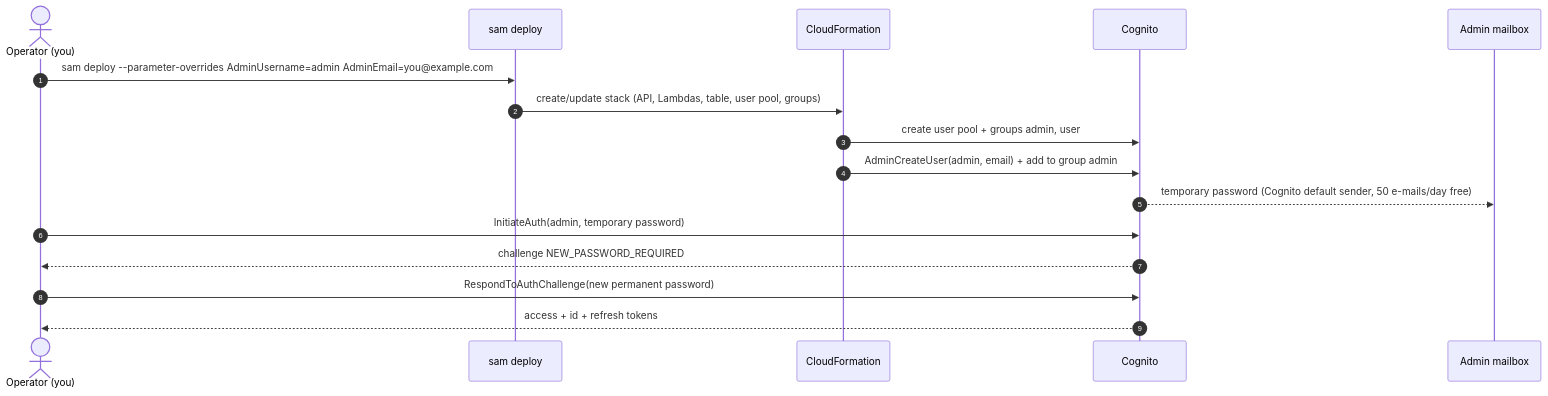
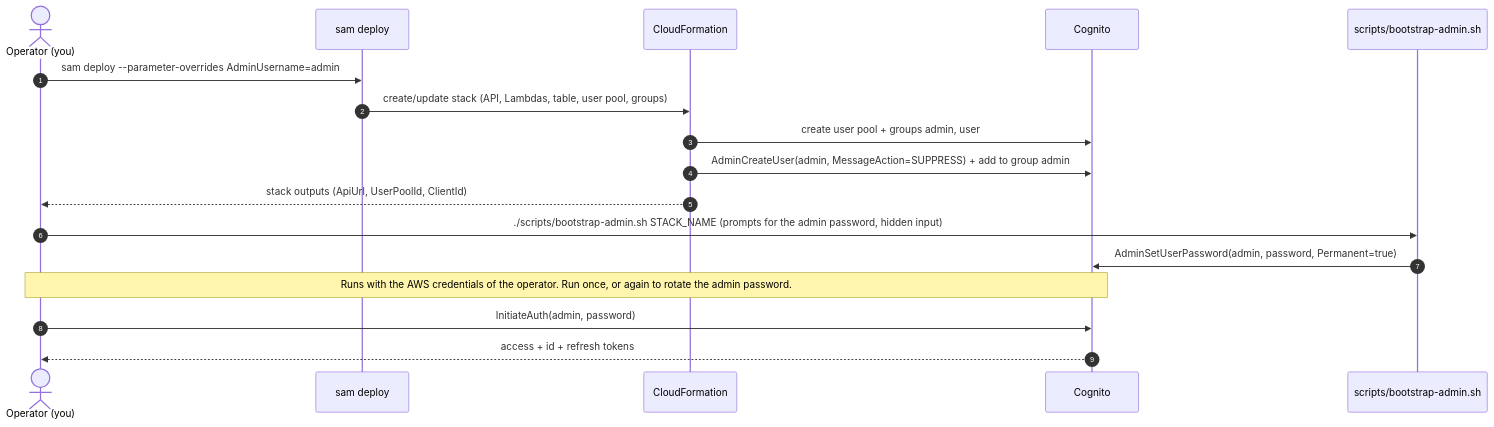
One commit to EnricoPicci/shared-calendar changed the second of 7 diagrams in docs/ARCHITECTURE.md. Above: the diagram before and after it, drawn with Mermaid. The commit also changed other lines of this file and 2 other files, not shown here.

First line of the commit message:
Refine the initial design: permanent passwords, role-based Hello World

````diff
--- a/docs/ARCHITECTURE.md
+++ b/docs/ARCHITECTURE.md
@@ -176,19 +208,20 @@
 ```mermaid
 sequenceDiagram
     autonumber
     actor Op as Operator (you)
     participant SAM as sam deploy
     participant CFN as CloudFormation
     participant COG as Cognito
-    participant Mail as Admin mailbox
+    participant BS as scripts/bootstrap-admin.sh
 
-    Op->>SAM: sam deploy --parameter-overrides AdminUsername=admin AdminEmail=you@example.com
+    Op->>SAM: sam deploy --parameter-overrides AdminUsername=admin
     SAM->>CFN: create/update stack (API, Lambdas, table, user pool, groups)
     CFN->>COG: create user pool + groups admin, user
-    CFN->>COG: AdminCreateUser(admin, email) + add to group admin
-    COG-->>Mail: temporary password (Cognito default sender, 50 e-mails/day free)
-    Op->>COG: InitiateAuth(admin, temporary password)
-    COG-->>Op: challenge NEW_PASSWORD_REQUIRED
-    Op->>COG: RespondToAuthChallenge(new permanent password)
+    CFN->>COG: AdminCreateUser(admin, MessageAction=SUPPRESS) + add to group admin
+    CFN-->>Op: stack outputs (ApiUrl, UserPoolId, ClientId)
+    Op->>BS: ./scripts/bootstrap-admin.sh STACK_NAME (prompts for the admin password, hidden input)
+    BS->>COG: AdminSetUserPassword(admin, password, Permanent=true)
+    Note over Op,COG: Runs with the AWS credentials of the operator. Run once, or again to rotate the admin password.
+    Op->>COG: InitiateAuth(admin, password)
     COG-->>Op: access + id + refresh tokens
 ```
````
